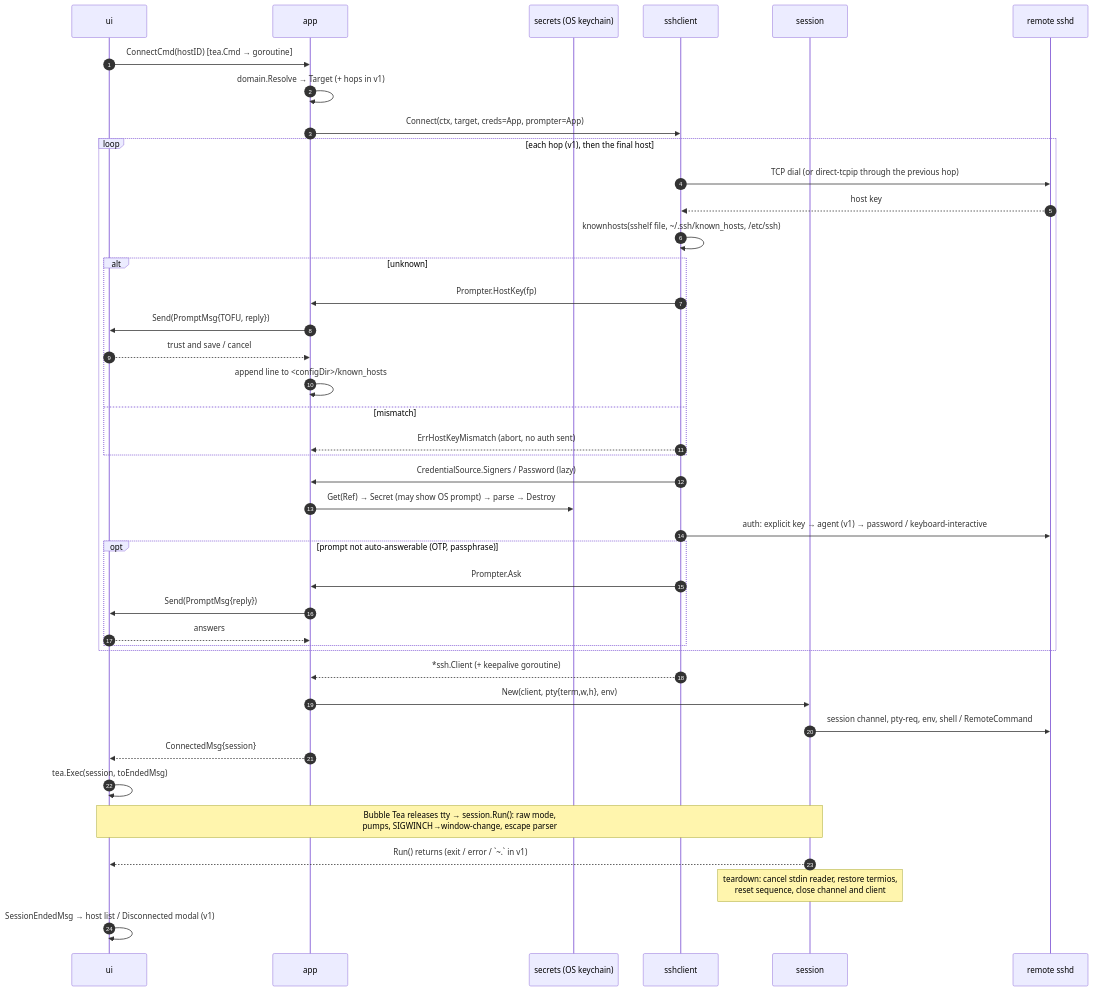
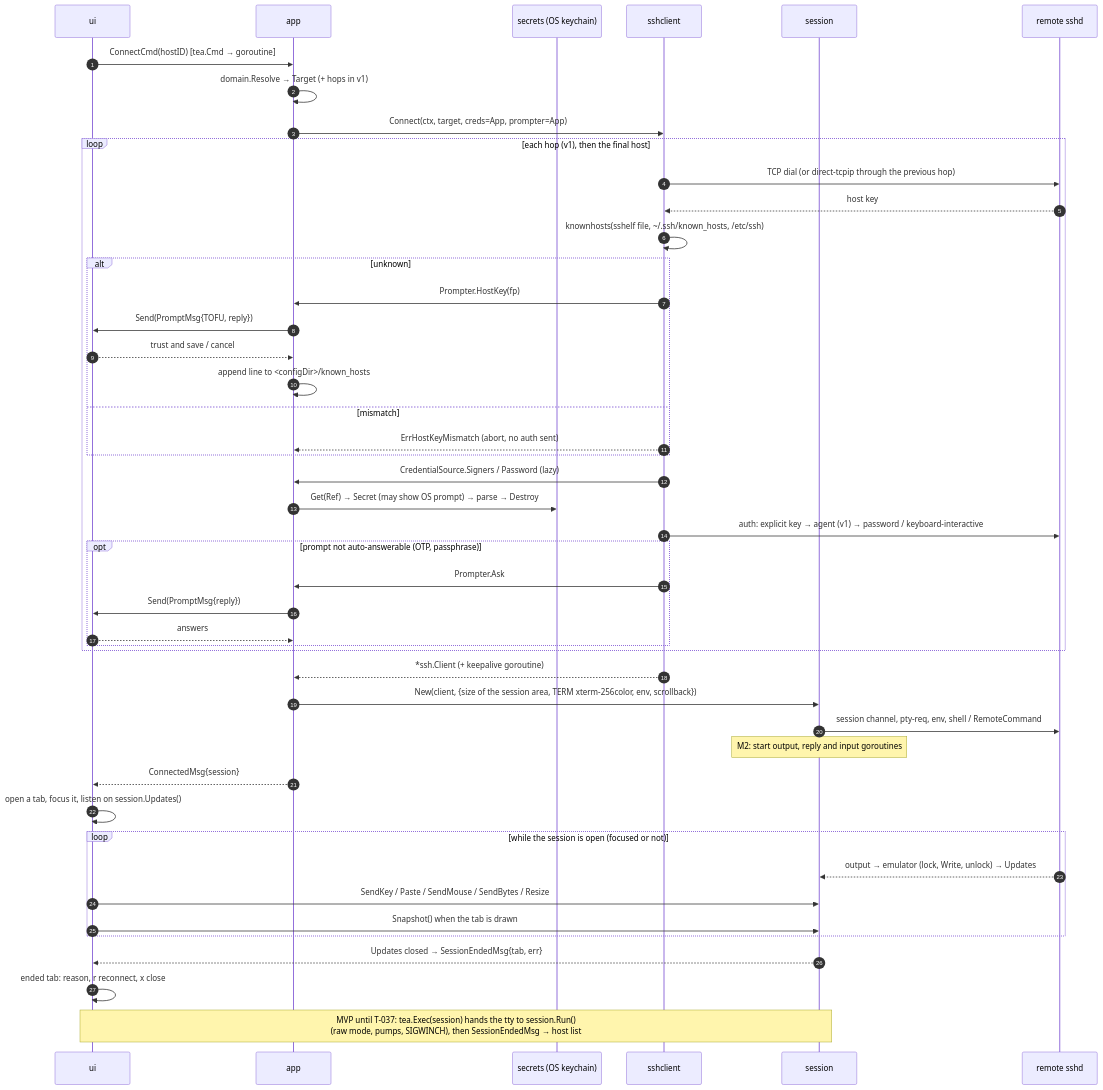
One commit to RafaelXokito/sshelf changed the second of 4 diagrams in specs/architecture/design.md. Above: the diagram before and after it, drawn with Mermaid. The commit also changed other lines of this file and 7 other files, not shown here.

````diff
--- a/specs/architecture/design.md
+++ b/specs/architecture/design.md
@@ -742,44 +1014,49 @@
 ```mermaid
 sequenceDiagram
     autonumber
     participant UI as ui
     participant App as app
     participant K as secrets (OS keychain)
     participant C as sshclient
     participant S as session
     participant R as remote sshd
 
     UI->>App: ConnectCmd(hostID) [tea.Cmd → goroutine]
     App->>App: domain.Resolve → Target (+ hops in v1)
     App->>C: Connect(ctx, target, creds=App, prompter=App)
     loop each hop (v1), then the final host
         C->>R: TCP dial (or direct-tcpip through the previous hop)
         R-->>C: host key
         C->>C: knownhosts(sshelf file, ~/.ssh/known_hosts, /etc/ssh)
         alt unknown
             C->>App: Prompter.HostKey(fp)
             App->>UI: Send(PromptMsg{TOFU, reply})
             UI-->>App: trust and save / cancel
             App->>App: append line to <configDir>/known_hosts
         else mismatch
             C-->>App: ErrHostKeyMismatch (abort, no auth sent)
         end
         C->>App: CredentialSource.Signers / Password (lazy)
         App->>K: Get(Ref) → Secret (may show OS prompt) → parse → Destroy
         C->>R: auth: explicit key → agent (v1) → password / keyboard-interactive
         opt prompt not auto-answerable (OTP, passphrase)
             C->>App: Prompter.Ask
             App->>UI: Send(PromptMsg{reply})
             UI-->>App: answers
         end
     end
     C-->>App: *ssh.Client (+ keepalive goroutine)
-    App->>S: New(client, pty{term,w,h}, env)
+    App->>S: New(client, {size of the session area, TERM xterm-256color, env, scrollback})
     S->>R: session channel, pty-req, env, shell / RemoteCommand
+    Note over S: M2: start output, reply and input goroutines
     App-->>UI: ConnectedMsg{session}
-    UI->>UI: tea.Exec(session, toEndedMsg)
-    Note over UI,S: Bubble Tea releases tty → session.Run(): raw mode,<br/>pumps, SIGWINCH→window-change, escape parser
-    S-->>UI: Run() returns (exit / error / `~.` in v1)
-    Note over S: teardown: cancel stdin reader, restore termios,<br/>reset sequence, close channel and client
-    UI->>UI: SessionEndedMsg → host list / Disconnected modal (v1)
+    UI->>UI: open a tab, focus it, listen on session.Updates()
+    loop while the session is open (focused or not)
+        R-->>S: output → emulator (lock, Write, unlock) → Updates
+        UI->>S: SendKey / Paste / SendMouse / SendBytes / Resize
+        UI->>S: Snapshot() when the tab is drawn
+    end
+    S-->>UI: Updates closed → SessionEndedMsg{tab, err}
+    UI->>UI: ended tab: reason, r reconnect, x close
+    Note over UI,S: MVP until T-037: tea.Exec(session) hands the tty to session.Run()<br/>(raw mode, pumps, SIGWINCH), then SessionEndedMsg → host list
 ```
````
